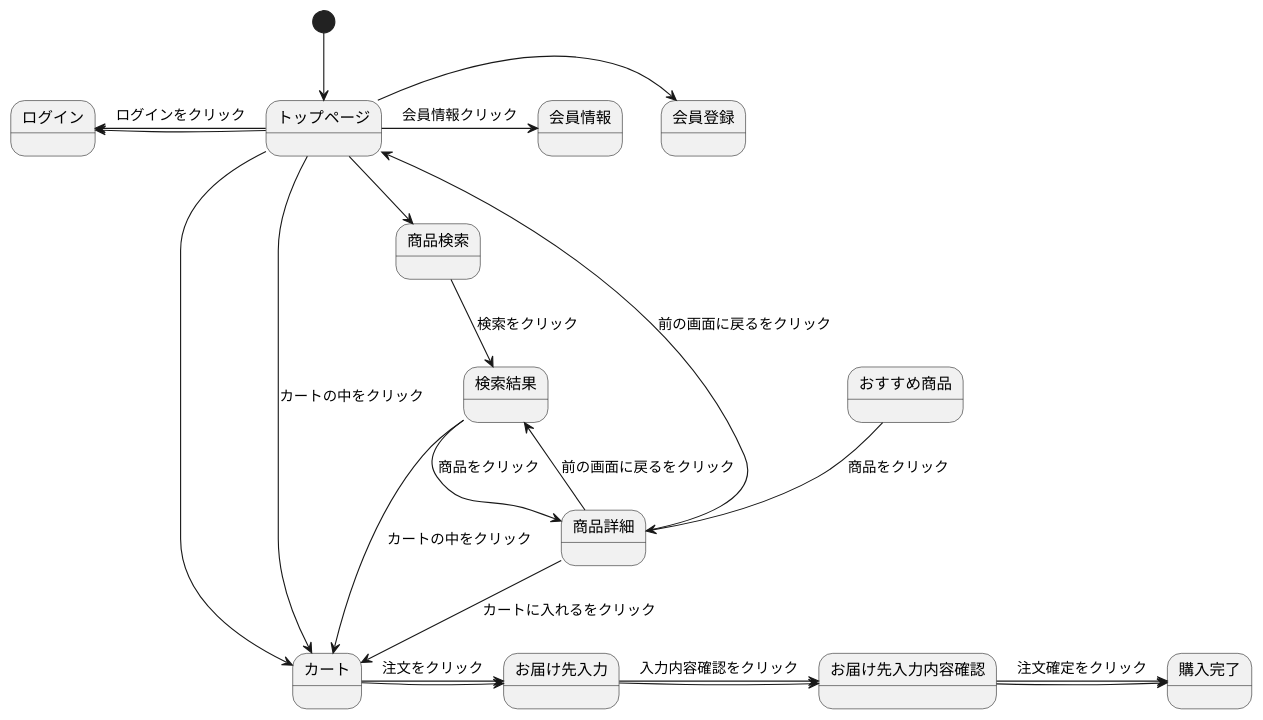
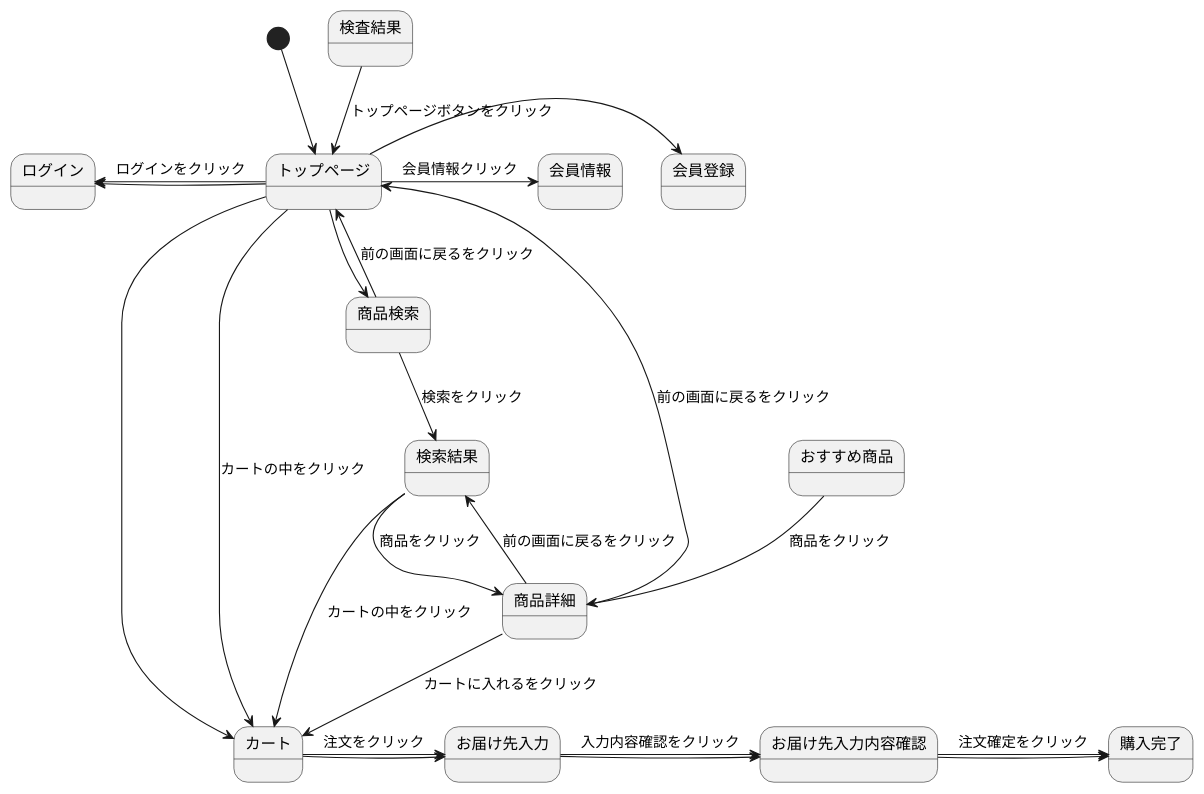
Before and after one commit to Aso2001163/2021sys-design: the diagram in myhp.md, drawn with PlantUML.

````diff
--- a/myhp.md
+++ b/myhp.md
@@ -1,25 +1,28 @@
 ```uml
 @startuml
 [*] --> トップページ
 トップページ -> 会員登録
 トップページ -left-> ログイン
 トップページ --> カート
 トップページ -->商品検索
 商品検索-->検索結果 :検索をクリック
+商品検索-->トップページ : 前の画面に戻るをクリック
 検索結果-->カート :カートの中をクリック
 検索結果-->商品詳細 : 商品をクリック
+検査結果-->トップページ : トップページボタンをクリック
+
 カート -> お届け先入力
 お届け先入力 -> お届け先入力内容確認
 お届け先入力内容確認 -> 購入完了
 トップページ -> 会員情報 : 会員情報クリック
 トップページ -left-> ログイン : ログインをクリック
 おすすめ商品 --> 商品詳細 : 商品をクリック
 トップページ --> カート : カートの中をクリック
 商品詳細 --> カート : カートに入れるをクリック
 商品詳細 --> トップページ : 前の画面に戻るをクリック
 商品詳細-->検索結果 : 前の画面に戻るをクリック
 カート -> お届け先入力 : 注文をクリック
 お届け先入力 -> お届け先入力内容確認 : 入力内容確認をクリック
 お届け先入力内容確認 -> 購入完了 : 注文確定をクリック
 @enduml
 ```
````
